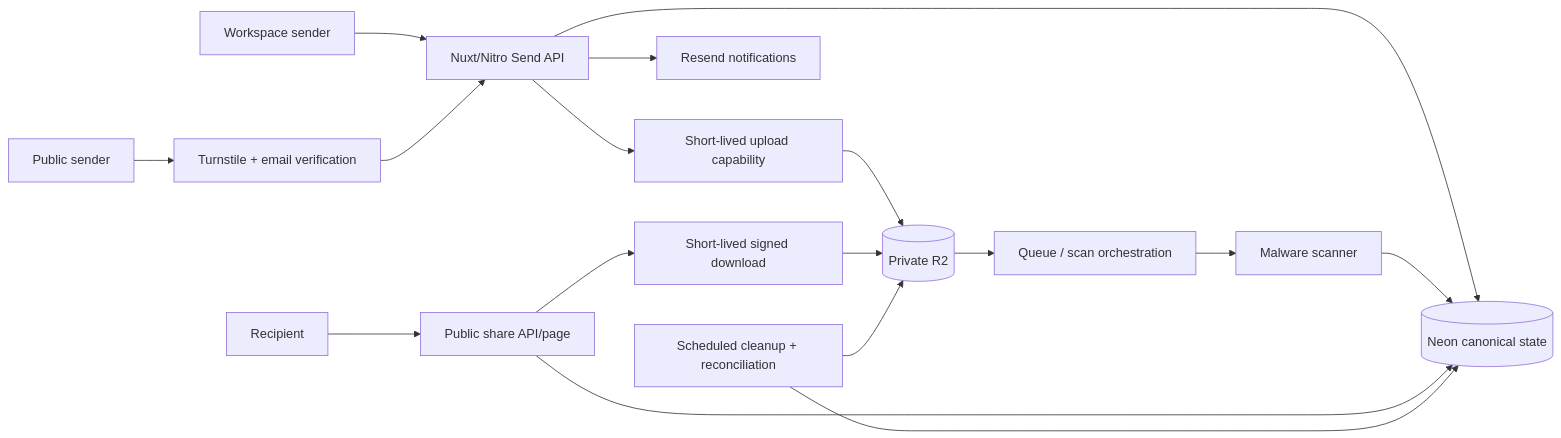
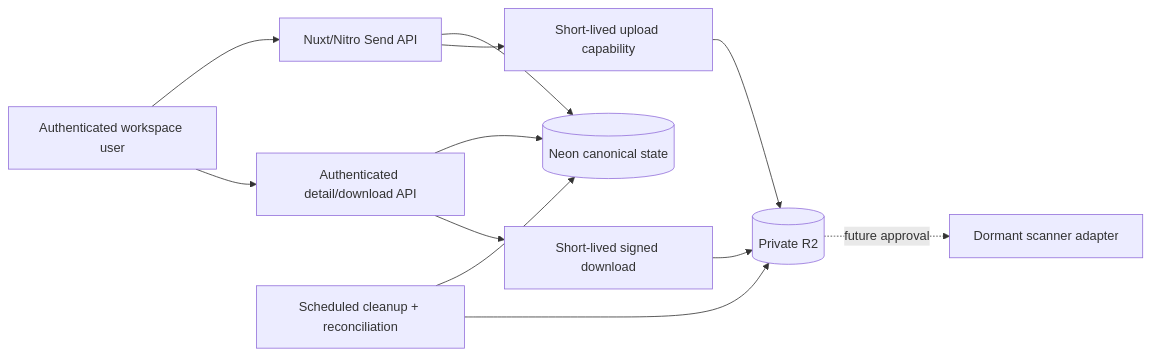
Before and after one commit to adme-dev/dashboard: the diagram in docs/superpowers/specs/2026-07-20-send-product-prd.md, drawn with Mermaid. The commit also changed other lines of this file and 11 other files, not shown here.

````diff
--- a/docs/superpowers/specs/2026-07-20-send-product-prd.md
+++ b/docs/superpowers/specs/2026-07-20-send-product-prd.md
@@ -334,19 +343,14 @@
 ```mermaid
 flowchart LR
-  WS[Workspace sender] --> API[Nuxt/Nitro Send API]
-  PS[Public sender] --> TS[Turnstile + email verification]
-  TS --> API
+  USER[Authenticated workspace user] --> API[Nuxt/Nitro Send API]
   API --> PG[(Neon canonical state)]
   API --> CAP[Short-lived upload capability]
   CAP --> R2[(Private R2)]
-  R2 --> Q[Queue / scan orchestration]
-  Q --> SCAN[Malware scanner]
-  SCAN --> PG
-  API --> EMAIL[Resend notifications]
-  RECIPIENT[Recipient] --> SHARE[Public share API/page]
-  SHARE --> PG
-  SHARE --> DL[Short-lived signed download]
+  USER --> AUTHZ[Authenticated detail/download API]
+  AUTHZ --> PG
+  AUTHZ --> DL[Short-lived signed download]
   DL --> R2
   CLEANUP[Scheduled cleanup + reconciliation] --> PG
   CLEANUP --> R2
+  R2 -. future approval .-> SCAN[Dormant scanner adapter]
 ```
````
